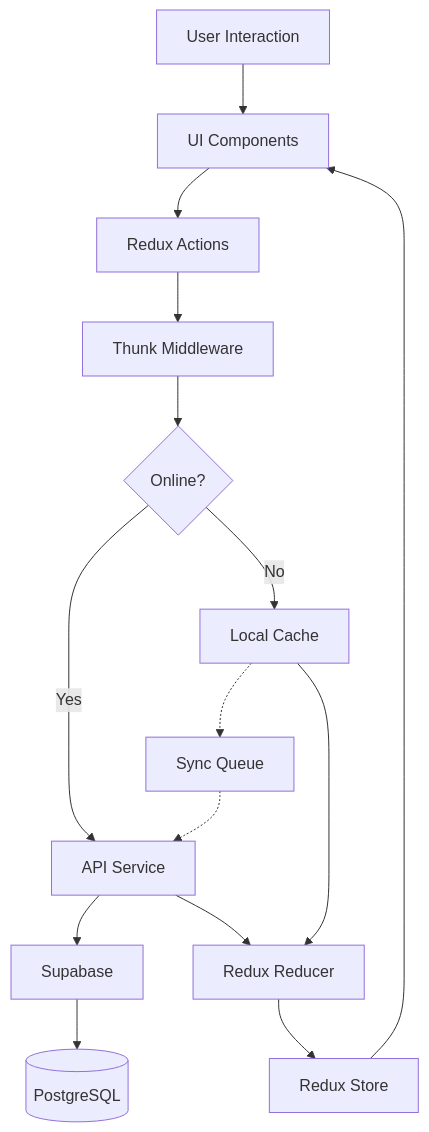
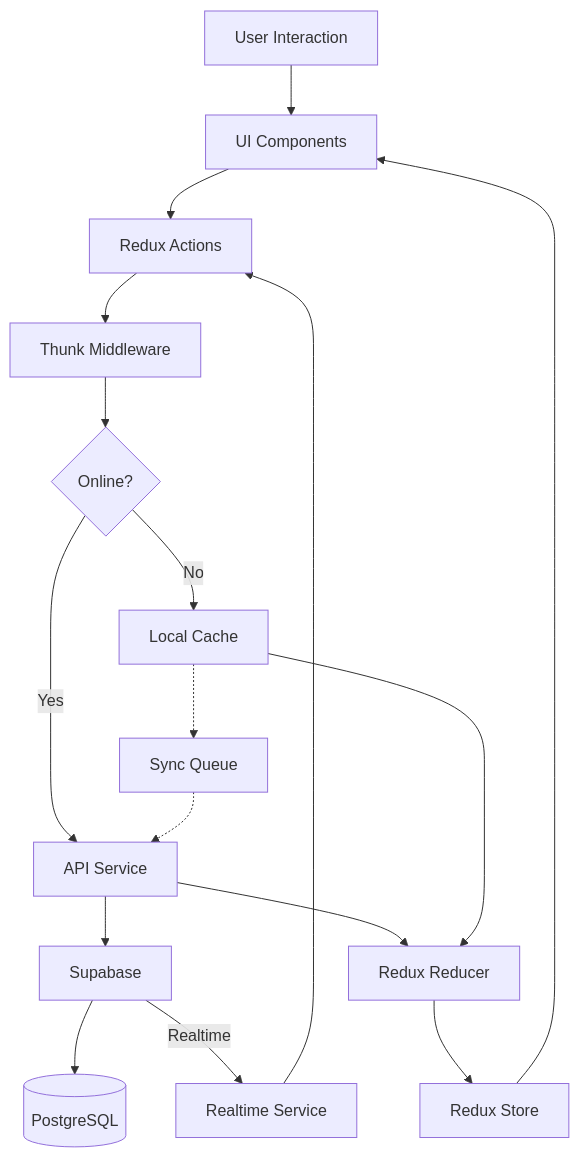
One commit to hugo-ribaud/bumb-buddy changed the diagram in memory-bank/systemPatterns.md. Above: the diagram before and after it, drawn with Mermaid. The commit also changed other lines of this file and 22 other files, not shown here.

````diff
--- a/memory-bank/systemPatterns.md
+++ b/memory-bank/systemPatterns.md
@@ -42,22 +43,25 @@
 ```mermaid
 flowchart TD
     User[User Interaction] --> UI[UI Components]
     UI --> Actions[Redux Actions]
     Actions --> Thunks[Thunk Middleware]
 
     Thunks --> Online{Online?}
     Online -->|Yes| API[API Service]
     Online -->|No| LocalCache[Local Cache]
 
     API --> Supabase[Supabase]
     Supabase --> Database[(PostgreSQL)]
 
+    Supabase -->|Realtime| RealtimeService[Realtime Service]
+    RealtimeService --> Actions
+
     API --> Reducer[Redux Reducer]
     LocalCache --> Reducer
 
     Reducer --> Store[Redux Store]
     Store --> UI
 
     LocalCache -.-> SyncQueue[Sync Queue]
     SyncQueue -.-> API
 ```
````
